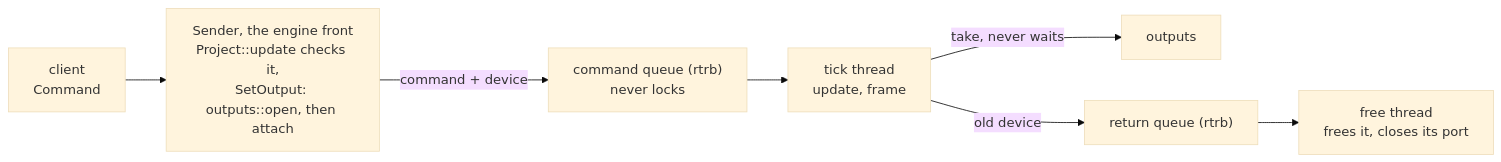
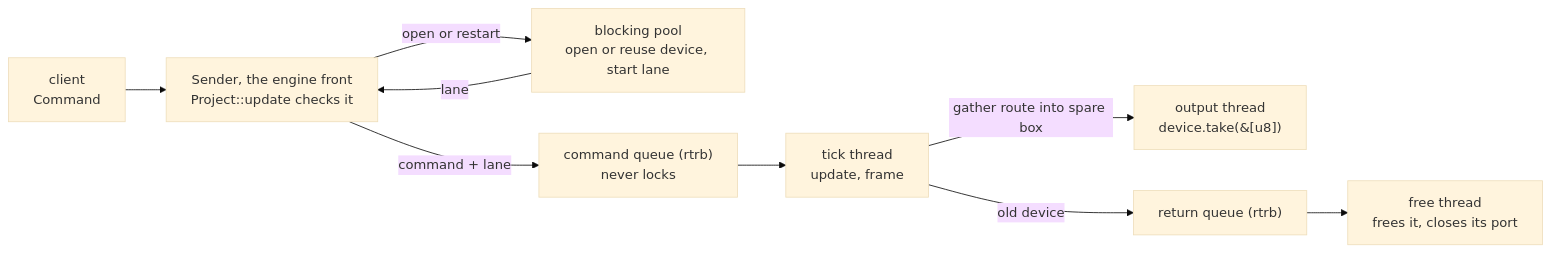
One commit to abossard/bossylights changed the first of 5 diagrams in docs/engine.md. Above: the diagram before and after it, drawn with Mermaid (base theme). The commit also changed other lines of this file and 25 other files, not shown here.

````diff
--- a/docs/engine.md
+++ b/docs/engine.md
@@ -7,8 +7,10 @@
 ```mermaid
 flowchart LR
-  C["client<br/>Command"] --> SE["Sender, the engine front<br/>Project::update checks it,<br/>SetOutput: outputs::open, then attach"]
-  SE -- "command + device" --> Q["command queue (rtrb)<br/>never locks"]
+  C["client<br/>Command"] --> SE["Sender, the engine front<br/>Project::update checks it"]
+  SE -- "open or restart" --> B["blocking pool<br/>open or reuse device, start lane"]
+  B -- "lane" --> SE
+  SE -- "command + lane" --> Q["command queue (rtrb)<br/>never locks"]
   Q --> U["tick thread<br/>update, frame"]
-  U -- "take, never waits" --> O["outputs"]
+  U -- "gather route into spare box" --> O["output thread<br/>device.take(&amp;[u8])"]
   U -- "old device" --> R["return queue (rtrb)"] --> FR["free thread<br/>frees it, closes its port"]
 ```
````
